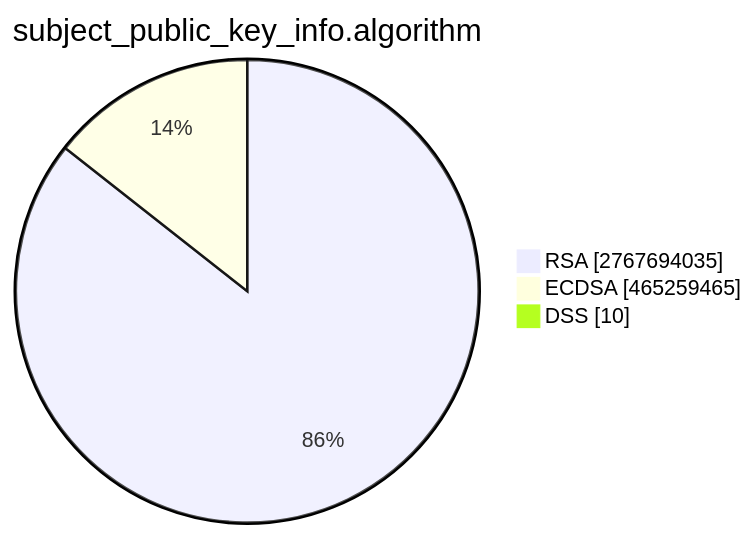
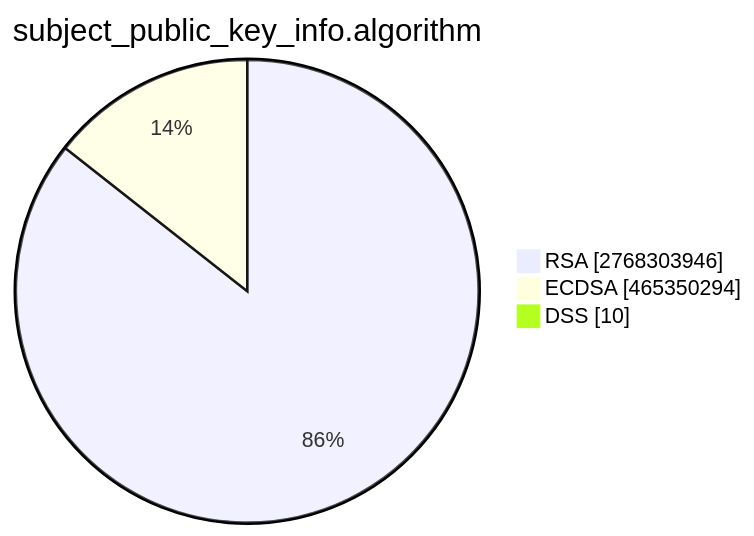
The second of 15 diagrams in TOTAL/README.md (christiankrug/ctmonitor_visualization), drawn with Mermaid before and after one commit. The commit also changed other lines of this file, not shown here.

````diff
--- a/TOTAL/README.md
+++ b/TOTAL/README.md
@@ -6,7 +6,7 @@
 ```mermaid
 pie showData
 title subject_public_key_info.algorithm
-"RSA" :2767694035
-"ECDSA" :465259465
+"RSA" :2768303946
+"ECDSA" :465350294
 "DSS" :10
 ```
````
